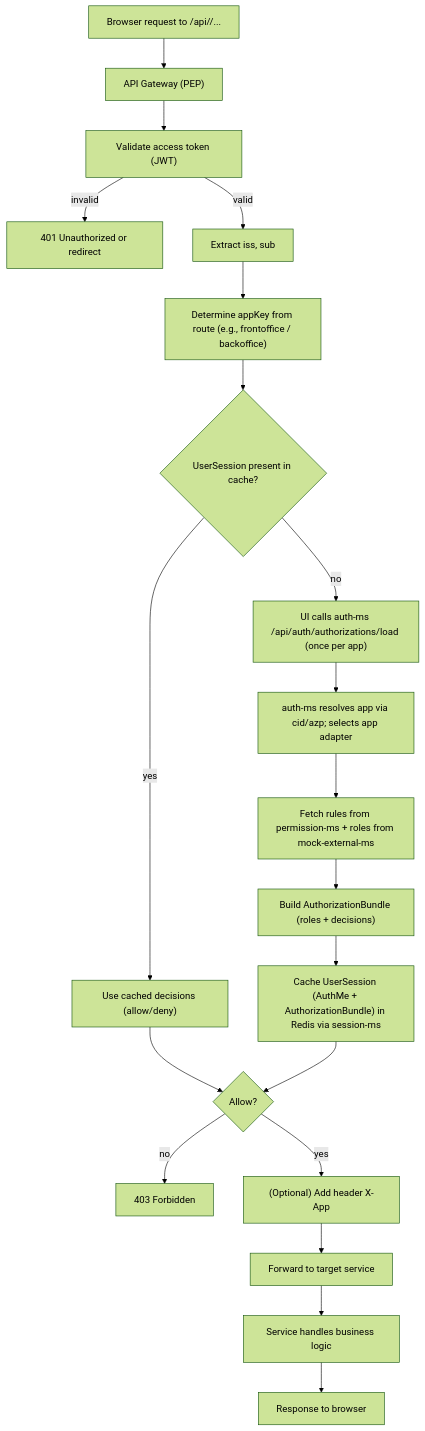
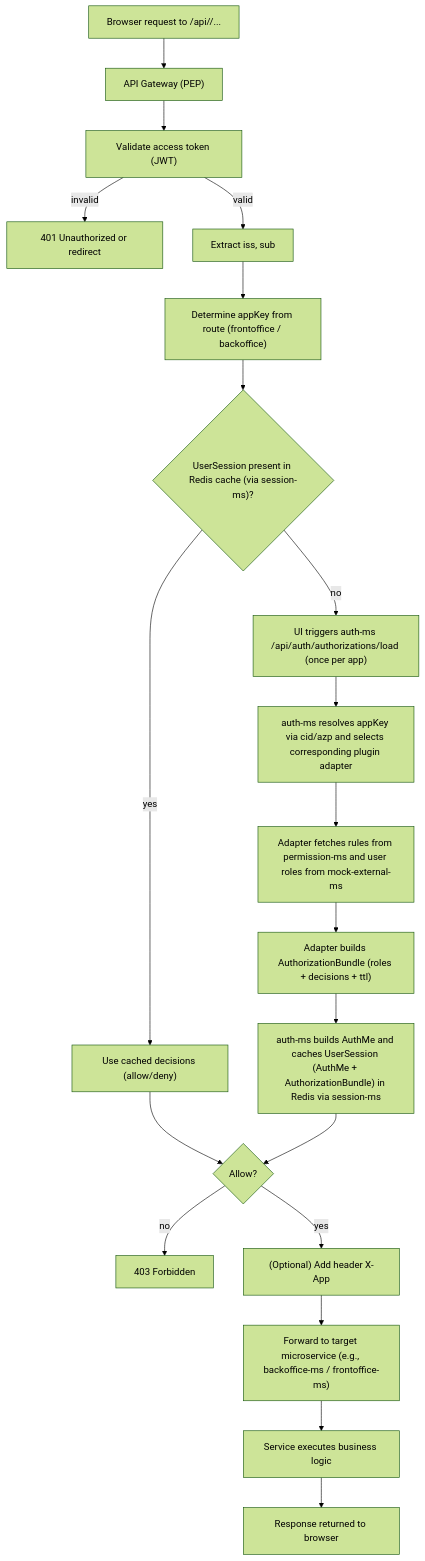
The first of 6 diagrams in backend/docs/auth_authz_caching/auth_authz_design.md (FredX123/sso-demo), drawn with Mermaid (forest theme) before and after one commit. The commit also changed other lines of this file and 4 other files, not shown here.

````diff
--- a/backend/docs/auth_authz_caching/auth_authz_design.md
+++ b/backend/docs/auth_authz_caching/auth_authz_design.md
@@ -3,22 +10,22 @@
 ```mermaid
 flowchart TD
     A["Browser request to /api/<app>/..."] --> B["API Gateway (PEP)"]
     B --> C["Validate access token (JWT)"]
     C -- "invalid" --> X["401 Unauthorized or redirect"]
     C -- "valid" --> D["Extract iss, sub"]
-    D --> E["Determine appKey from route (e.g., frontoffice / backoffice)"]
-    E --> F{"UserSession present in cache?"}
+    D --> E["Determine appKey from route (frontoffice / backoffice)"]
+    E --> F{"UserSession present in Redis cache (via session-ms)?"}
     F -- "yes" --> G["Use cached decisions (allow/deny)"]
-    F -- "no" --> H["UI calls auth-ms /api/auth/authorizations/load (once per app)"]
-    H --> I["auth-ms resolves app via cid/azp; selects app adapter"]
-    I --> J["Fetch rules from permission-ms + roles from mock-external-ms"]
-    J --> K["Build AuthorizationBundle (roles + decisions)"]
-    K --> L["Cache UserSession (AuthMe + AuthorizationBundle) in Redis via session-ms"]
+    F -- "no" --> H["UI triggers auth-ms /api/auth/authorizations/load (once per app)"]
+    H --> I["auth-ms resolves appKey via cid/azp and selects corresponding plugin adapter"]
+    I --> J["Adapter fetches rules from permission-ms and user roles from mock-external-ms"]
+    J --> K["Adapter builds AuthorizationBundle (roles + decisions + ttl)"]
+    K --> L["auth-ms builds AuthMe and caches UserSession (AuthMe + AuthorizationBundle) in Redis via session-ms"]
     G --> M{"Allow?"}
     L --> M
     M -- "no" --> N["403 Forbidden"]
     M -- "yes" --> O["(Optional) Add header X-App"]
-    O --> P["Forward to target service"]
-    P --> Q["Service handles business logic"]
-    Q --> R["Response to browser"]
+    O --> P["Forward to target microservice (e.g., backoffice-ms / frontoffice-ms)"]
+    P --> Q["Service executes business logic"]
+    Q --> R["Response returned to browser"]
 ```
````
